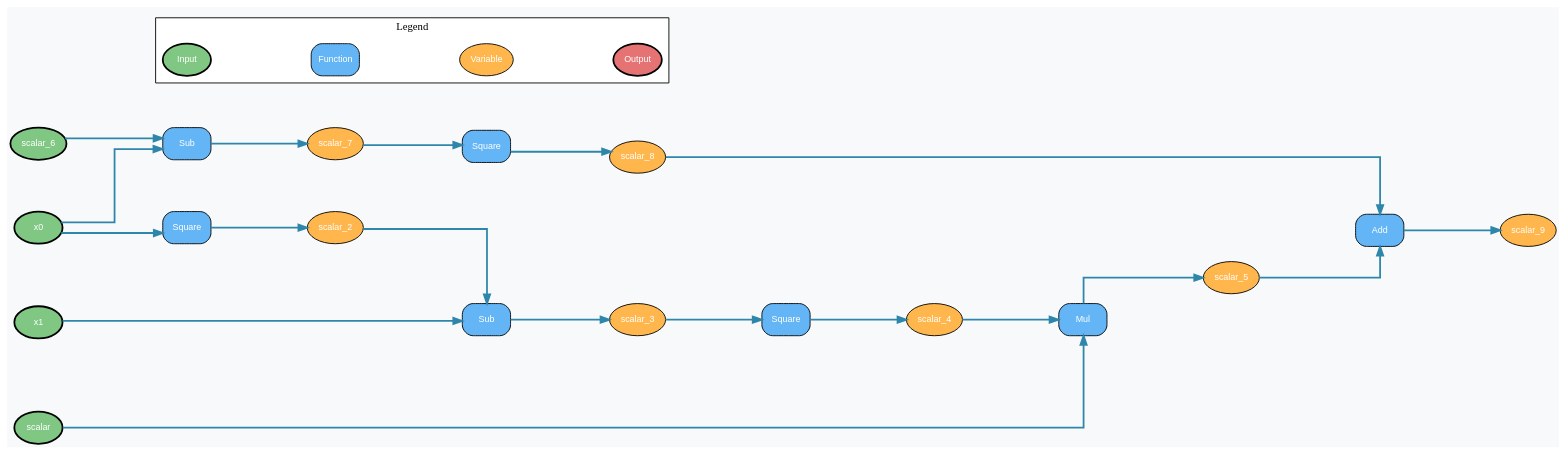
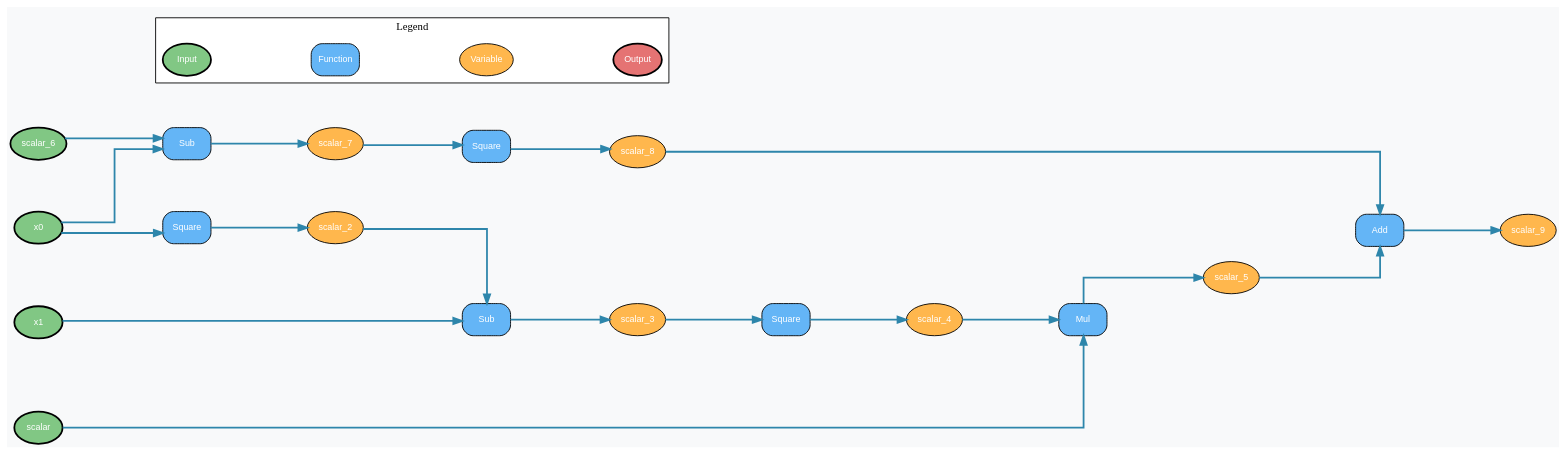
One commit to 3QNRpDwD/TrenchDeep changed the diagram in graph/rosenbrock.dot. Above: the diagram before and after it, drawn with Graphviz. The commit also changed 15 other files, not shown here.

```diff
--- a/graph/rosenbrock.dot
+++ b/graph/rosenbrock.dot
@@ -1,64 +1,64 @@
 digraph ComputationGraph {
 bgcolor="#F8F9FA";
 rankdir=LR;  // 좌우 배치로 데이터 흐름을 더 직관적으로
 splines=ortho;
 nodesep=0.8;
 ranksep=1.5;
 node [fontname="Arial", fontsize=10];
 edge [fontname="Arial", fontsize=8];
 
-    "Pointer { addr: 0x1d5a8d613c0, metadata: DynMetadata(0x7ff7d14a3060) }" [label="Sub", shape=box, style="filled,rounded", fillcolor="#64B5F6", fontcolor="white"];
-    "NodeId(0)" [label="x0", shape=ellipse, style="filled,bold", fillcolor="#81C784", fontcolor="white"];
-    "NodeId(2)" [label="scalar", shape=ellipse, style="filled,bold", fillcolor="#81C784", fontcolor="white"];
-    "NodeId(41)" [label="scalar_8", shape=ellipse, style="filled", fillcolor="#FFB74D", fontcolor="white"];
-    "NodeId(5)" [label="scalar_2", shape=ellipse, style="filled", fillcolor="#FFB74D", fontcolor="white"];
-    "NodeId(23)" [label="scalar_3", shape=ellipse, style="filled", fillcolor="#FFB74D", fontcolor="white"];
-    "Pointer { addr: 0x1d5a8d61210, metadata: DynMetadata(0x7ff7d14a2f30) }" [label="Square", shape=box, style="filled,rounded", fillcolor="#64B5F6", fontcolor="white"];
-    "Pointer { addr: 0x1d5a8d593d0, metadata: DynMetadata(0x7ff7d14a2f30) }" [label="Square", shape=box, style="filled,rounded", fillcolor="#64B5F6", fontcolor="white"];
-    "NodeId(28)" [label="scalar_4", shape=ellipse, style="filled", fillcolor="#FFB74D", fontcolor="white"];
-    "Pointer { addr: 0x1d5a8d59490, metadata: DynMetadata(0x7ff7d14a2fb8) }" [label="Mul", shape=box, style="filled,rounded", fillcolor="#64B5F6", fontcolor="white"];
-    "NodeId(1)" [label="x1", shape=ellipse, style="filled,bold", fillcolor="#81C784", fontcolor="white"];
-    "NodeId(32)" [label="scalar_5", shape=ellipse, style="filled", fillcolor="#FFB74D", fontcolor="white"];
-    "Pointer { addr: 0x1d5a8d3e660, metadata: DynMetadata(0x7ff7d14a3060) }" [label="Sub", shape=box, style="filled,rounded", fillcolor="#64B5F6", fontcolor="white"];
-    "NodeId(38)" [label="scalar_7", shape=ellipse, style="filled", fillcolor="#FFB74D", fontcolor="white"];
-    "Pointer { addr: 0x1d5a8d61390, metadata: DynMetadata(0x7ff7d14a2f80) }" [label="Add", shape=box, style="filled,rounded", fillcolor="#64B5F6", fontcolor="white"];
-    "NodeId(37)" [label="scalar_6", shape=ellipse, style="filled,bold", fillcolor="#81C784", fontcolor="white"];
-    "NodeId(47)" [label="scalar_9", shape=ellipse, style="filled", fillcolor="#FFB74D", fontcolor="white"];
-    "Pointer { addr: 0x1d5a8d10950, metadata: DynMetadata(0x7ff7d14a2f30) }" [label="Square", shape=box, style="filled,rounded", fillcolor="#64B5F6", fontcolor="white"];
-    { rank=source; "NodeId(0)"; "NodeId(2)"; "NodeId(1)"; "NodeId(37)"; }
+    "Pointer { addr: 0x1cf2b568290, metadata: DynMetadata(0x7ff75675e378) }" [label="Mul", shape=box, style="filled,rounded", fillcolor="#64B5F6", fontcolor="white"];
+    "Pointer { addr: 0x1cf2b553170, metadata: DynMetadata(0x7ff75675e2f0) }" [label="Square", shape=box, style="filled,rounded", fillcolor="#64B5F6", fontcolor="white"];
+    "NodeId(52)" [label="scalar_5", shape=ellipse, style="filled", fillcolor="#FFB74D", fontcolor="white"];
+    "NodeId(60)" [label="scalar_6", shape=ellipse, style="filled,bold", fillcolor="#81C784", fontcolor="white"];
+    "NodeId(12)" [label="x0", shape=ellipse, style="filled,bold", fillcolor="#81C784", fontcolor="white"];
+    "Pointer { addr: 0x1cf2b553230, metadata: DynMetadata(0x7ff75675e420) }" [label="Sub", shape=box, style="filled,rounded", fillcolor="#64B5F6", fontcolor="white"];
+    "Pointer { addr: 0x1cf2b55e360, metadata: DynMetadata(0x7ff75675e2f0) }" [label="Square", shape=box, style="filled,rounded", fillcolor="#64B5F6", fontcolor="white"];
+    "NodeId(38)" [label="scalar_3", shape=ellipse, style="filled", fillcolor="#FFB74D", fontcolor="white"];
+    "NodeId(41)" [label="scalar_4", shape=ellipse, style="filled", fillcolor="#FFB74D", fontcolor="white"];
+    "Pointer { addr: 0x1cf2b527ef0, metadata: DynMetadata(0x7ff75675e2f0) }" [label="Square", shape=box, style="filled,rounded", fillcolor="#64B5F6", fontcolor="white"];
+    "NodeId(13)" [label="x1", shape=ellipse, style="filled,bold", fillcolor="#81C784", fontcolor="white"];
+    "NodeId(15)" [label="scalar", shape=ellipse, style="filled,bold", fillcolor="#81C784", fontcolor="white"];
+    "Pointer { addr: 0x1cf2b55e3c0, metadata: DynMetadata(0x7ff75675e420) }" [label="Sub", shape=box, style="filled,rounded", fillcolor="#64B5F6", fontcolor="white"];
+    "NodeId(30)" [label="scalar_2", shape=ellipse, style="filled", fillcolor="#FFB74D", fontcolor="white"];
+    "NodeId(61)" [label="scalar_7", shape=ellipse, style="filled", fillcolor="#FFB74D", fontcolor="white"];
+    "Pointer { addr: 0x1cf2b563010, metadata: DynMetadata(0x7ff75675e340) }" [label="Add", shape=box, style="filled,rounded", fillcolor="#64B5F6", fontcolor="white"];
+    "NodeId(82)" [label="scalar_9", shape=ellipse, style="filled", fillcolor="#FFB74D", fontcolor="white"];
+    "NodeId(68)" [label="scalar_8", shape=ellipse, style="filled", fillcolor="#FFB74D", fontcolor="white"];
+    { rank=source; "NodeId(60)"; "NodeId(12)"; "NodeId(13)"; "NodeId(15)"; }
 
     // 범례
     subgraph cluster_legend {
         label="Legend";
         style=filled;
         fillcolor="#FFFFFF";
         fontsize=12;
         fontname="Arial Bold";
         
         legend_input [label="Input", shape=ellipse, style="filled,bold", fillcolor="#81C784", fontcolor="white"];
         legend_func [label="Function", shape=box, style="filled,rounded", fillcolor="#64B5F6", fontcolor="white"];
         legend_var [label="Variable", shape=ellipse, style="filled", fillcolor="#FFB74D", fontcolor="white"];
         legend_output [label="Output", shape=ellipse, style="filled,bold", fillcolor="#E57373", fontcolor="white"];
         
         legend_input -> legend_func -> legend_var -> legend_output [style=invis];
     }
 
-    "NodeId(0)" -> "Pointer { addr: 0x1d5a8d10950, metadata: DynMetadata(0x7ff7d14a2f30) }" [style=solid, color="#2E86AB", penwidth=2];
-    "Pointer { addr: 0x1d5a8d10950, metadata: DynMetadata(0x7ff7d14a2f30) }" -> "NodeId(5)" [style=solid, color="#2E86AB", penwidth=2];
-    "NodeId(1)" -> "Pointer { addr: 0x1d5a8d3e660, metadata: DynMetadata(0x7ff7d14a3060) }" [style=solid, color="#2E86AB", penwidth=2];
-    "NodeId(5)" -> "Pointer { addr: 0x1d5a8d3e660, metadata: DynMetadata(0x7ff7d14a3060) }" [style=solid, color="#2E86AB", penwidth=2];
-    "Pointer { addr: 0x1d5a8d3e660, metadata: DynMetadata(0x7ff7d14a3060) }" -> "NodeId(23)" [style=solid, color="#2E86AB", penwidth=2];
-    "NodeId(23)" -> "Pointer { addr: 0x1d5a8d593d0, metadata: DynMetadata(0x7ff7d14a2f30) }" [style=solid, color="#2E86AB", penwidth=2];
-    "Pointer { addr: 0x1d5a8d593d0, metadata: DynMetadata(0x7ff7d14a2f30) }" -> "NodeId(28)" [style=solid, color="#2E86AB", penwidth=2];
-    "NodeId(2)" -> "Pointer { addr: 0x1d5a8d59490, metadata: DynMetadata(0x7ff7d14a2fb8) }" [style=solid, color="#2E86AB", penwidth=2];
-    "NodeId(28)" -> "Pointer { addr: 0x1d5a8d59490, metadata: DynMetadata(0x7ff7d14a2fb8) }" [style=solid, color="#2E86AB", penwidth=2];
-    "Pointer { addr: 0x1d5a8d59490, metadata: DynMetadata(0x7ff7d14a2fb8) }" -> "NodeId(32)" [style=solid, color="#2E86AB", penwidth=2];
-    "NodeId(37)" -> "Pointer { addr: 0x1d5a8d613c0, metadata: DynMetadata(0x7ff7d14a3060) }" [style=solid, color="#2E86AB", penwidth=2];
-    "NodeId(0)" -> "Pointer { addr: 0x1d5a8d613c0, metadata: DynMetadata(0x7ff7d14a3060) }" [style=solid, color="#2E86AB", penwidth=2];
-    "Pointer { addr: 0x1d5a8d613c0, metadata: DynMetadata(0x7ff7d14a3060) }" -> "NodeId(38)" [style=solid, color="#2E86AB", penwidth=2];
-    "NodeId(38)" -> "Pointer { addr: 0x1d5a8d61210, metadata: DynMetadata(0x7ff7d14a2f30) }" [style=solid, color="#2E86AB", penwidth=2];
-    "Pointer { addr: 0x1d5a8d61210, metadata: DynMetadata(0x7ff7d14a2f30) }" -> "NodeId(41)" [style=solid, color="#2E86AB", penwidth=2];
-    "NodeId(32)" -> "Pointer { addr: 0x1d5a8d61390, metadata: DynMetadata(0x7ff7d14a2f80) }" [style=solid, color="#2E86AB", penwidth=2];
-    "NodeId(41)" -> "Pointer { addr: 0x1d5a8d61390, metadata: DynMetadata(0x7ff7d14a2f80) }" [style=solid, color="#2E86AB", penwidth=2];
-    "Pointer { addr: 0x1d5a8d61390, metadata: DynMetadata(0x7ff7d14a2f80) }" -> "NodeId(47)" [style=solid, color="#2E86AB", penwidth=2];
+    "NodeId(12)" -> "Pointer { addr: 0x1cf2b527ef0, metadata: DynMetadata(0x7ff75675e2f0) }" [style=solid, color="#2E86AB", penwidth=2];
+    "Pointer { addr: 0x1cf2b527ef0, metadata: DynMetadata(0x7ff75675e2f0) }" -> "NodeId(30)" [style=solid, color="#2E86AB", penwidth=2];
+    "NodeId(13)" -> "Pointer { addr: 0x1cf2b553230, metadata: DynMetadata(0x7ff75675e420) }" [style=solid, color="#2E86AB", penwidth=2];
+    "NodeId(30)" -> "Pointer { addr: 0x1cf2b553230, metadata: DynMetadata(0x7ff75675e420) }" [style=solid, color="#2E86AB", penwidth=2];
+    "Pointer { addr: 0x1cf2b553230, metadata: DynMetadata(0x7ff75675e420) }" -> "NodeId(38)" [style=solid, color="#2E86AB", penwidth=2];
+    "NodeId(38)" -> "Pointer { addr: 0x1cf2b553170, metadata: DynMetadata(0x7ff75675e2f0) }" [style=solid, color="#2E86AB", penwidth=2];
+    "Pointer { addr: 0x1cf2b553170, metadata: DynMetadata(0x7ff75675e2f0) }" -> "NodeId(41)" [style=solid, color="#2E86AB", penwidth=2];
+    "NodeId(15)" -> "Pointer { addr: 0x1cf2b568290, metadata: DynMetadata(0x7ff75675e378) }" [style=solid, color="#2E86AB", penwidth=2];
+    "NodeId(41)" -> "Pointer { addr: 0x1cf2b568290, metadata: DynMetadata(0x7ff75675e378) }" [style=solid, color="#2E86AB", penwidth=2];
+    "Pointer { addr: 0x1cf2b568290, metadata: DynMetadata(0x7ff75675e378) }" -> "NodeId(52)" [style=solid, color="#2E86AB", penwidth=2];
+    "NodeId(60)" -> "Pointer { addr: 0x1cf2b55e3c0, metadata: DynMetadata(0x7ff75675e420) }" [style=solid, color="#2E86AB", penwidth=2];
+    "NodeId(12)" -> "Pointer { addr: 0x1cf2b55e3c0, metadata: DynMetadata(0x7ff75675e420) }" [style=solid, color="#2E86AB", penwidth=2];
+    "Pointer { addr: 0x1cf2b55e3c0, metadata: DynMetadata(0x7ff75675e420) }" -> "NodeId(61)" [style=solid, color="#2E86AB", penwidth=2];
+    "NodeId(61)" -> "Pointer { addr: 0x1cf2b55e360, metadata: DynMetadata(0x7ff75675e2f0) }" [style=solid, color="#2E86AB", penwidth=2];
+    "Pointer { addr: 0x1cf2b55e360, metadata: DynMetadata(0x7ff75675e2f0) }" -> "NodeId(68)" [style=solid, color="#2E86AB", penwidth=2];
+    "NodeId(52)" -> "Pointer { addr: 0x1cf2b563010, metadata: DynMetadata(0x7ff75675e340) }" [style=solid, color="#2E86AB", penwidth=2];
+    "NodeId(68)" -> "Pointer { addr: 0x1cf2b563010, metadata: DynMetadata(0x7ff75675e340) }" [style=solid, color="#2E86AB", penwidth=2];
+    "Pointer { addr: 0x1cf2b563010, metadata: DynMetadata(0x7ff75675e340) }" -> "NodeId(82)" [style=solid, color="#2E86AB", penwidth=2];
 }
```
